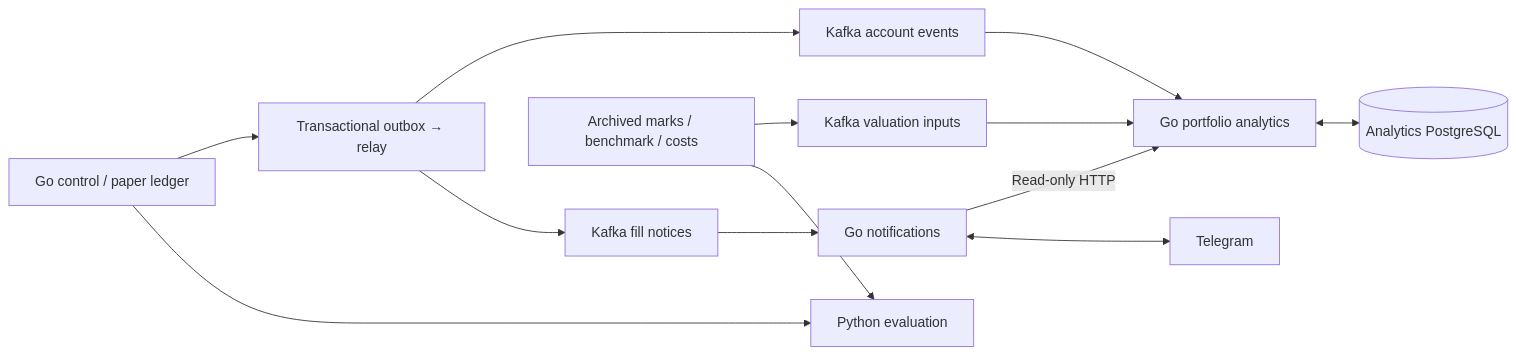
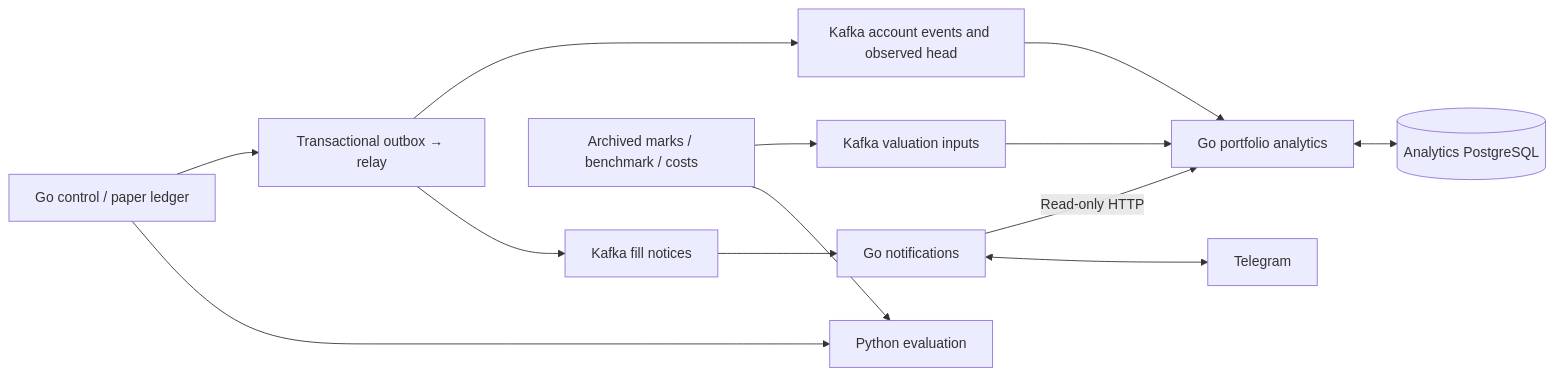
One commit to Averia17/TradingBot changed the diagram in docs/decisions/003-portfolio-analytics.md. Above: the diagram before and after it, drawn with Mermaid. The commit also changed other lines of this file and 218 other files, not shown here.

````diff
--- a/docs/decisions/003-portfolio-analytics.md
+++ b/docs/decisions/003-portfolio-analytics.md
@@ -35,15 +36,15 @@
 ```mermaid
 flowchart LR
     C[Go control / paper ledger] --> O[Transactional outbox → relay]
-    O --> K[Kafka account events]
+    O --> K[Kafka account events and observed head]
     O --> F[Kafka fill notices]
     D[Archived marks / benchmark / costs] --> I[Kafka valuation inputs]
     K --> A[Go portfolio analytics]
     I --> A
     A <--> P[(Analytics PostgreSQL)]
     F --> N[Go notifications]
     N -->|Read-only HTTP| A
     N <--> T[Telegram]
     C --> E[Python evaluation]
     D --> E
 ```
````
